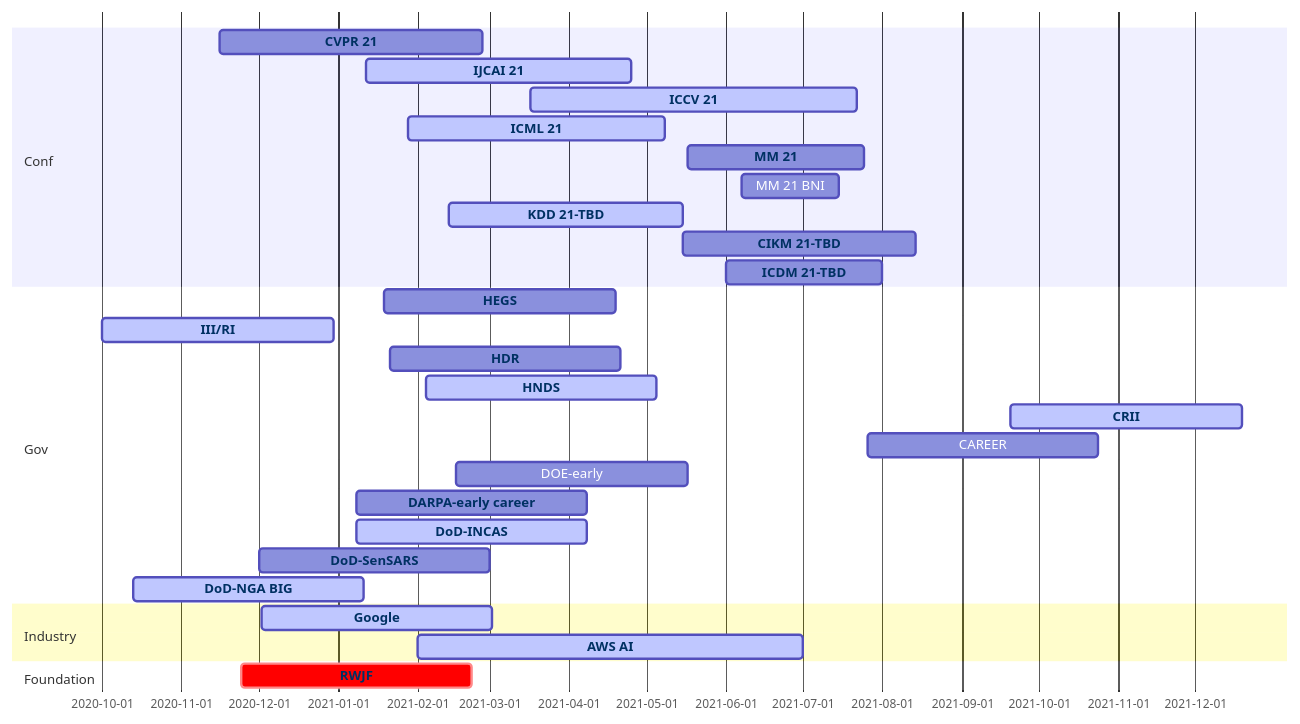
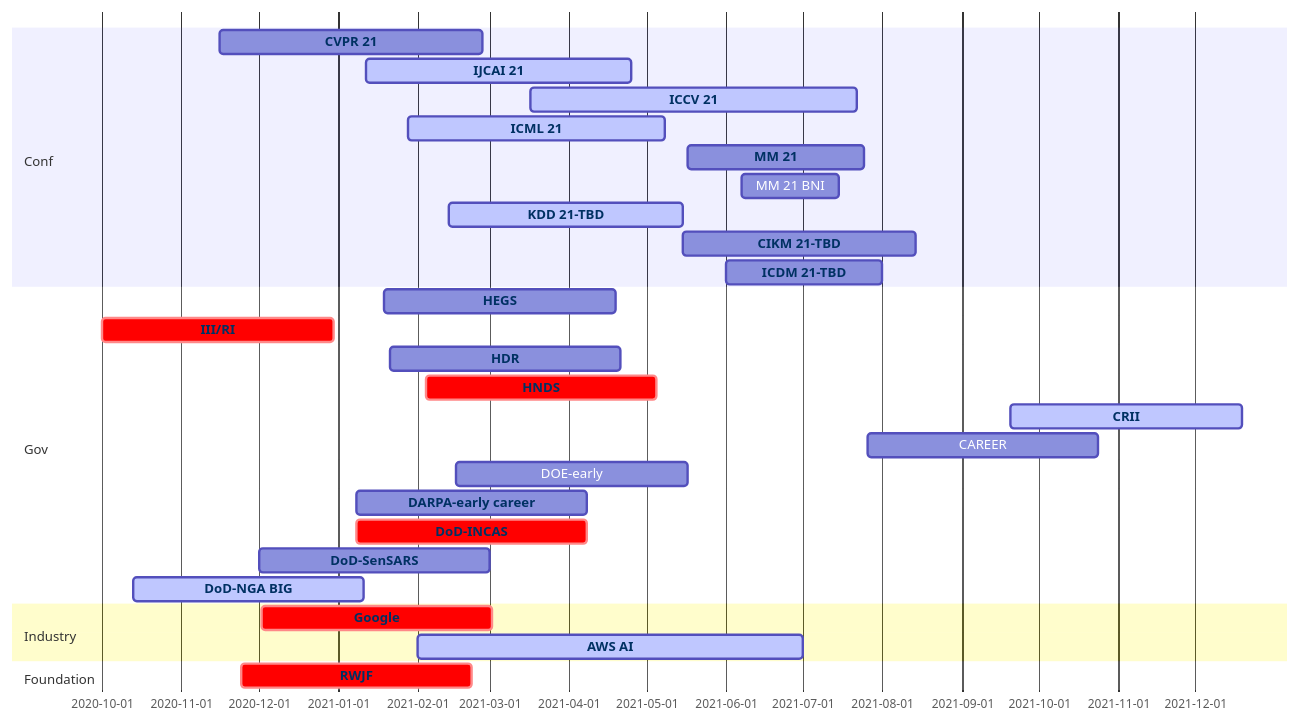
One commit to aquastar/academic-kickstart changed the diagram in content/post/conf/index.md. Above: the diagram before and after it, drawn with Mermaid.

````diff
--- a/content/post/conf/index.md
+++ b/content/post/conf/index.md
@@ -16,55 +16,55 @@
 ```mermaid
 gantt
   dateFormat  MM/DD/YY
   section Conf
     CVPR 21 :cvpr, 11/16/20, 02/26/21
     IJCAI 21 :active, ijcai, 01/12/21, 04/25/21
     ICCV 21 :active, 03/17/21, 07/22/21
     ICML 21:active, icml, 01/28/21, 05/08/21
     MM 21:mm, 05/17/21, 07/25/21
     MM 21 BNI:mmbni, 06/07/21, 07/15/21
     KDD 21-TBD:active, kdd, 02/13/21, 05/15/21
     CIKM 21-TBD:cikm, 05/15/21, 08/14/21
     ICDM 21-TBD:icdm, 06/01/21, 08/01/21
   section Gov
     HEGS: hegs, 01/19/21, 90d
-    III/RI:active, iis, 10/01/20, 90d
+    III/RI:crit, iis, 10/01/20, 90d
     HDR :hdr, 01/21/21, 90d
-    HNDS :active, hnds, 02/04/21, 90d
+    HNDS :crit, hnds, 02/04/21, 90d
     CRII :active, crii, 09/20/21, 90d 
     CAREER:career, 07/26/21, 90d
     DOE-early:doe, 02/16/21, 90d 
     DARPA-early career:  darpa, 01/08/21, 90d
-    DoD-INCAS:active,  incas, 01/08/21, 90d
+    DoD-INCAS:crit,  incas, 01/08/21, 90d
     DoD-SenSARS: sensars, 12/01/20, 90d
     DoD-NGA BIG:active, nga, 10/13/20, 90d
   section Industry
-    Google:active,  google, 12/02/20, 90d
+    Google:crit,  google, 12/02/20, 90d
     AWS AI:active,  aws, 02/01/21, 07/01/21
   section Foundation
     RWJF :crit, rwjf, 11/24/20, 90d
 
 
   click nga href "https://beta.sam.gov/opp/3c218648f9f04658840e478a7f1048e1/view?keywords=HM0476-20-BAA-0001&sort=-relevance&index=&is_active=true&page=1"
   click sensars href "https://beta.sam.gov/opp/a84f1af107334afcbf39d885d8f668a3/view"
   click aws href "https://www.amazon.science/research-awards/call-for-proposals/aws-ai"
   click incas href "https://beta.sam.gov/opp/6bbca26d91df4eff96b4edfa2386c35f/view?keywords=incas&sort=-relevance&index=&is_active=true&page=1"
   click darpa href "https://www.darpa.mil/work-with-us/for-universities/young-faculty-award"
   click deo href "https://www.grants.gov/web/grants/search-grants.html"
   click cvpr href "http://cvpr2021.thecvf.com/"
   click iccv href "http://iccv2021.thecvf.com/"
   click icml href "https://icml.cc/Conferences/2021"
   click ijcai href "http://www.ijcai-21.org/"
   click kdd href "http://www.kdd.org/kdd2021"
   click www href "https://www2021.thewebconf.org/"
   click cikm href "https://www.cikm2021.org/"
   click icdm href "http://icdm2021.bigke.org"
   click mm href "https://2020.acmmm.org/index.html"
   click crii href "https://www.nsf.gov/funding/pgm_summ.jsp?pims_id=504952"
   click hdr href "https://www.nsf.gov/funding/pgm_summ.jsp?pims_id=505828&org=NSF&sel_org=CISE&from=fund"
   click hnds href "https://www.nsf.gov/funding/pgm_summ.jsp?pims_id=505702"
   click rwjf href "https://anr.rwjf.org/viewCfp.do?cfpId=1509&cfpOverviewId="
   click iis href "https://www.nsf.gov/funding/pgm_summ.jsp?pims_id=505667&org=NSF"
   click hegs href "https://www.nsf.gov/funding/pgm_summ.jsp?pims_id=505745&org=NSF&sel_org=NSF&from=fund"
   click google href "https://research.google/outreach/research-scholar-program/"
 ```
````
